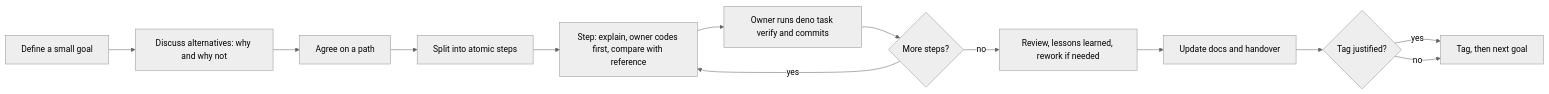
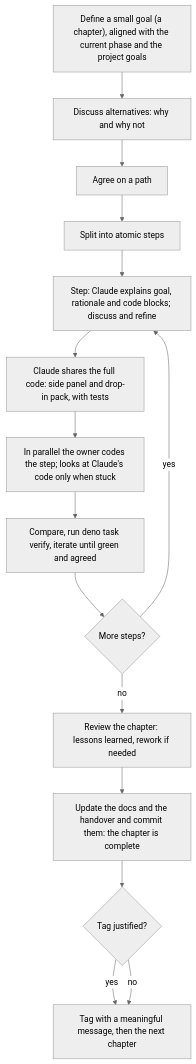
The diagram in docs/.project/workflow.md (fa-ribeiro/RainDrop), drawn with Mermaid (neutral theme) before and after one commit. The commit also changed other lines of this file and 13 other files, not shown here.

````diff
--- a/docs/.project/workflow.md
+++ b/docs/.project/workflow.md
@@ -8,15 +7,17 @@
 ```mermaid
-flowchart LR
-    G["Define a small goal"] --> A["Discuss alternatives: why and why not"]
+flowchart TD
+    G["Define a small goal (a chapter), aligned with the current phase and the project goals"] --> A["Discuss alternatives: why and why not"]
     A --> P["Agree on a path"]
     P --> S["Split into atomic steps"]
-    S --> X["Step: explain, owner codes first, compare with reference"]
-    X --> V["Owner runs deno task verify and commits"]
-    V --> M{"More steps?"}
-    M -- yes --> X
-    M -- no --> R["Review, lessons learned, rework if needed"]
-    R --> D["Update docs and handover"]
+    S --> E["Step: Claude explains goal, rationale and code blocks; discuss and refine"]
+    E --> C["Claude shares the full code: side panel and drop-in pack, with tests"]
+    C --> O["In parallel the owner codes the step; looks at Claude's code only when stuck"]
+    O --> K["Compare, run deno task verify, iterate until green and agreed"]
+    K --> M{"More steps?"}
+    M -- yes --> E
+    M -- no --> R["Review the chapter: lessons learned, rework if needed"]
+    R --> D["Update the docs and the handover and commit them: the chapter is complete"]
     D --> T{"Tag justified?"}
-    T -- yes --> N["Tag, then next goal"]
+    T -- yes --> N["Tag with a meaningful message, then the next chapter"]
     T -- no --> N
 ```
````
